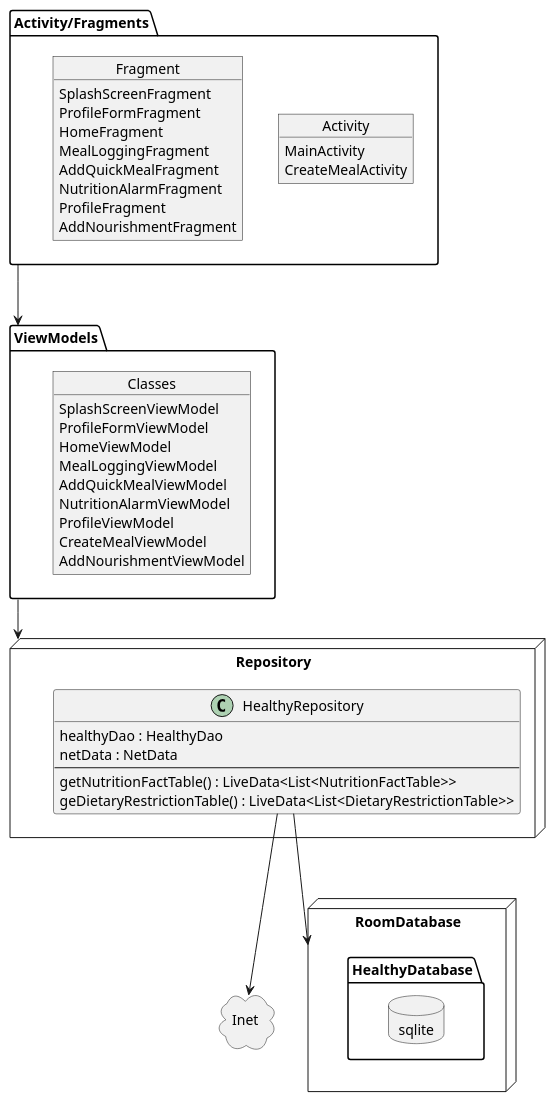
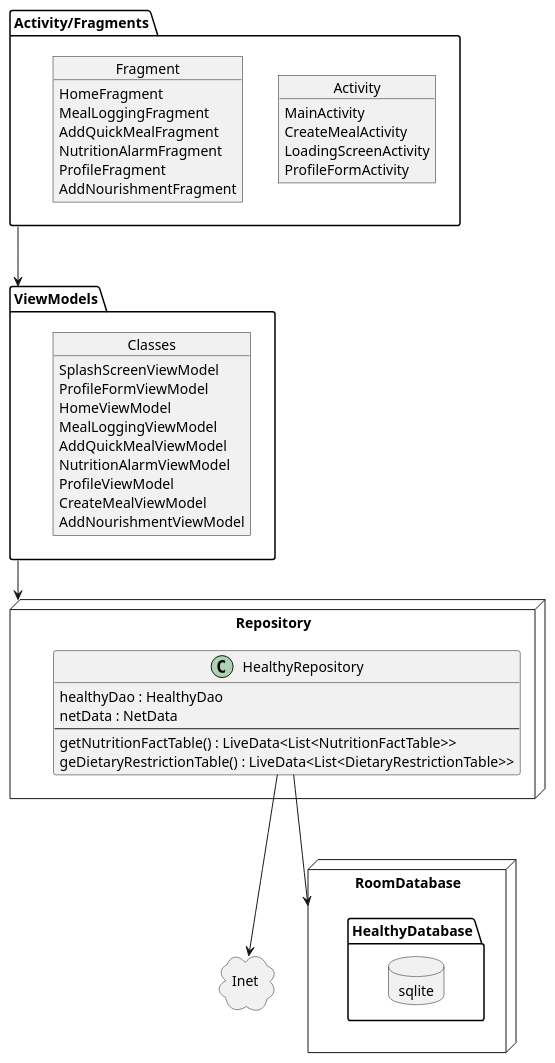
One commit to flotji-potji/healthyRACUN changed the diagram in app/docs/app_architecture_uml.puml. Above: the diagram before and after it, drawn with PlantUML. The commit also changed 9 other files, not shown here.

Commit message:
updated app to start on empty database to launch ProfileFormActivity

```diff
--- a/app/docs/app_architecture_uml.puml
+++ b/app/docs/app_architecture_uml.puml
@@ -1,75 +1,75 @@
 @startuml
 'https://plantuml.com/component-diagram
 
 package "Activity/Fragments" {
 
     object Activity {
         MainActivity
         CreateMealActivity
+        LoadingScreenActivity
+        ProfileFormActivity
     }
 
     object Fragment {
-        SplashScreenFragment
-        ProfileFormFragment
         HomeFragment
         MealLoggingFragment
         AddQuickMealFragment
         NutritionAlarmFragment
         ProfileFragment
         AddNourishmentFragment
     }
 
 }
 
 package "ViewModels" {
 
     object Classes {
         SplashScreenViewModel
         ProfileFormViewModel
         HomeViewModel
         MealLoggingViewModel
         AddQuickMealViewModel
         NutritionAlarmViewModel
         ProfileViewModel
         CreateMealViewModel
         AddNourishmentViewModel
     }
 
 }
 
 node "Repository" {
 
     class HealthyRepository {
         healthyDao : HealthyDao
         netData : NetData
         --
         getNutritionFactTable() : LiveData<List<NutritionFactTable>>
         geDietaryRestrictionTable() : LiveData<List<DietaryRestrictionTable>>
     }
 
 }
 
 node "RoomDatabase" {
 
     package "HealthyDatabase" {
 
         database "sqlite" {
 
         }
 
     }
 
 }
 
 cloud "Inet" {
 
 
 
 }
 
 "Activity/Fragments" ---> "ViewModels"
 "ViewModels" --> "Repository"
 HealthyRepository ---> "RoomDatabase"
 HealthyRepository ---> "Inet"
 
 @enduml
```
